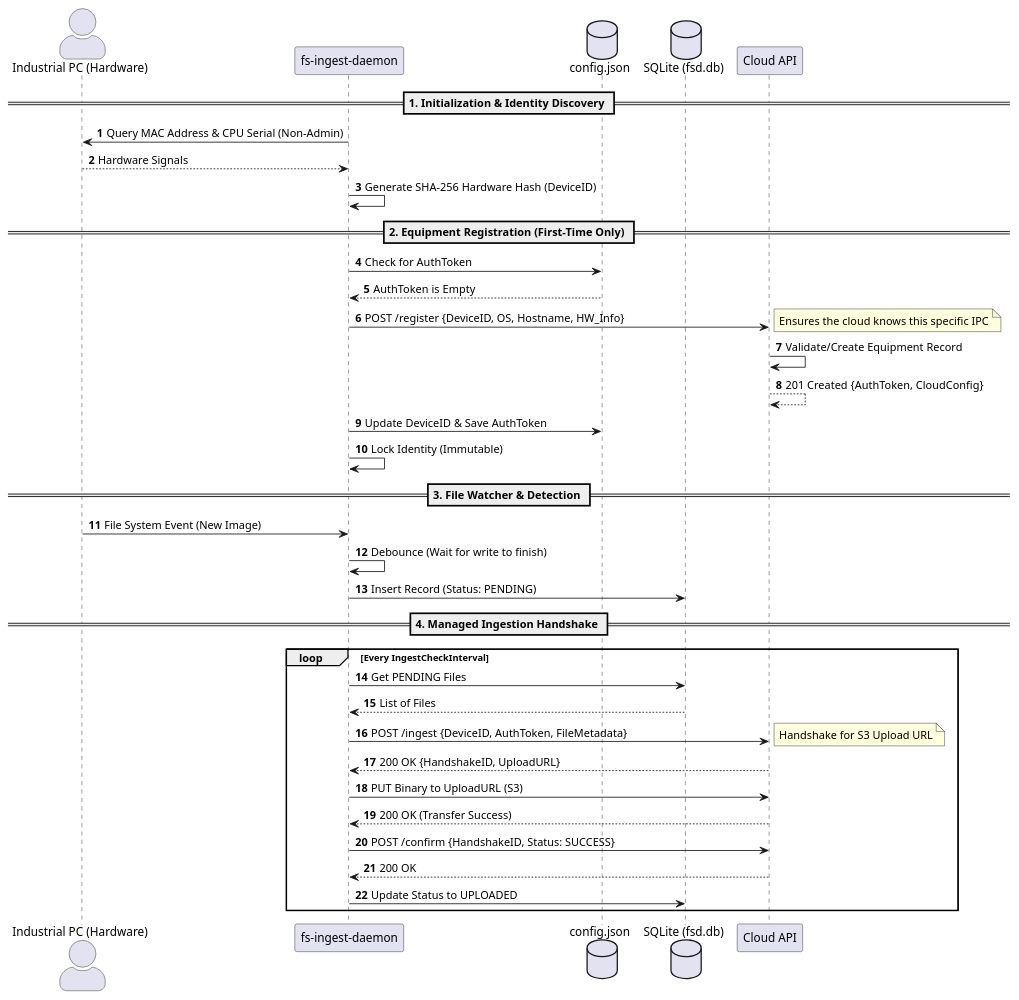
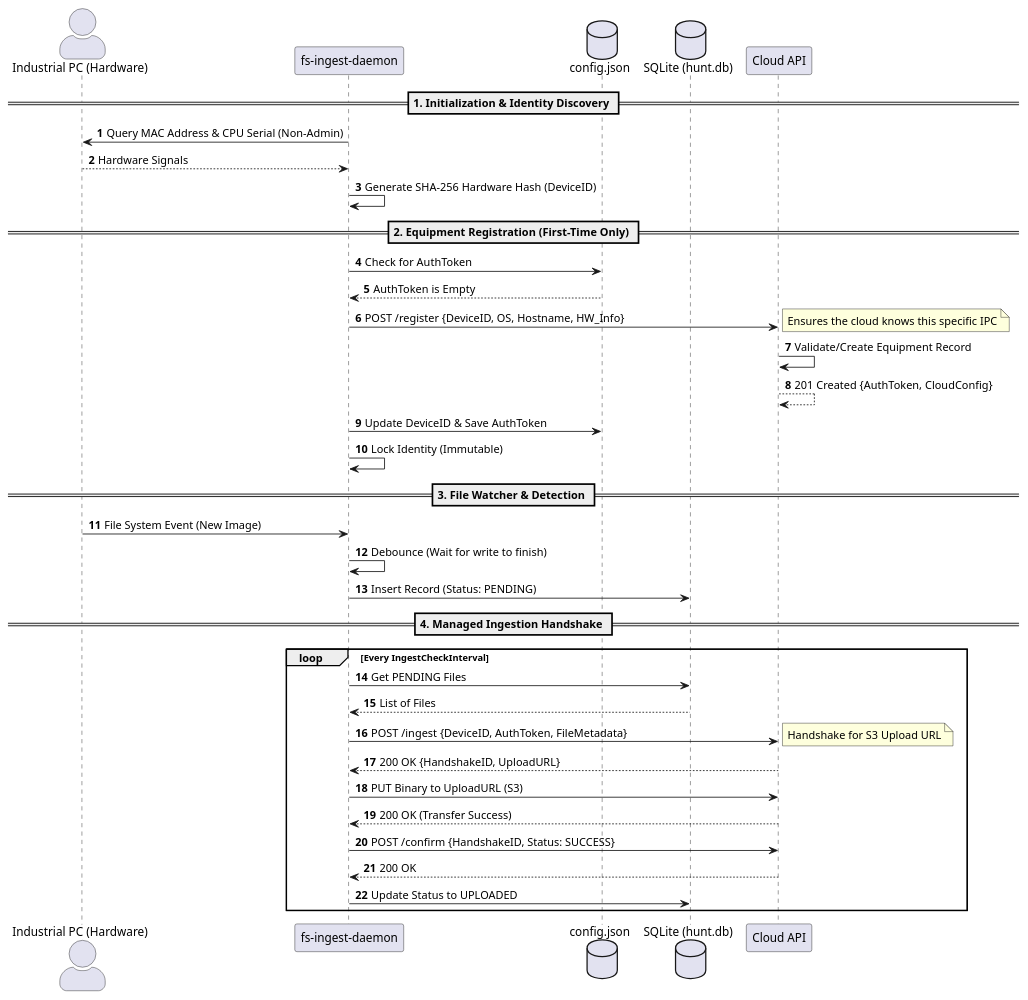
Before and after one commit to MonteChristo46/fs-ingest-daemon: the diagram in docs/register.plantuml, drawn with PlantUML. The commit also changed 21 other files, not shown here.

```diff
--- a/docs/register.plantuml
+++ b/docs/register.plantuml
@@ -1,50 +1,50 @@
 @startuml
 skinparam actorStyle awesome
 autonumber
 
 actor "Industrial PC (Hardware)" as HW
-participant "fs-ingest-daemon" as FSD
+participant "fs-ingest-daemon" as HUNT
 database "config.json" as CFG
-database "SQLite (fsd.db)" as DB
+database "SQLite (hunt.db)" as DB
 participant "Cloud API" as API
 
 == 1. Initialization & Identity Discovery ==
-FSD -> HW : Query MAC Address & CPU Serial (Non-Admin)
+HUNT -> HW : Query MAC Address & CPU Serial (Non-Admin)
 return Hardware Signals
-FSD -> FSD : Generate SHA-256 Hardware Hash (DeviceID)
+HUNT -> HUNT : Generate SHA-256 Hardware Hash (DeviceID)
 
 == 2. Equipment Registration (First-Time Only) ==
-FSD -> CFG : Check for AuthToken
-CFG --> FSD : AuthToken is Empty
+HUNT -> CFG : Check for AuthToken
+CFG --> HUNT : AuthToken is Empty
 
-FSD -> API : POST /register {DeviceID, OS, Hostname, HW_Info}
+HUNT -> API : POST /register {DeviceID, OS, Hostname, HW_Info}
 note right: Ensures the cloud knows this specific IPC
 API -> API : Validate/Create Equipment Record
 return 201 Created {AuthToken, CloudConfig}
 
-FSD -> CFG : Update DeviceID & Save AuthToken
-FSD -> FSD : Lock Identity (Immutable)
+HUNT -> CFG : Update DeviceID & Save AuthToken
+HUNT -> HUNT : Lock Identity (Immutable)
 
 == 3. File Watcher & Detection ==
-HW -> FSD : File System Event (New Image)
-FSD -> FSD : Debounce (Wait for write to finish)
-FSD -> DB : Insert Record (Status: PENDING)
+HW -> HUNT : File System Event (New Image)
+HUNT -> HUNT : Debounce (Wait for write to finish)
+HUNT -> DB : Insert Record (Status: PENDING)
 
 == 4. Managed Ingestion Handshake ==
 loop Every IngestCheckInterval
-    FSD -> DB : Get PENDING Files
-    DB --> FSD : List of Files
+    HUNT -> DB : Get PENDING Files
+    DB --> HUNT : List of Files
 
-    FSD -> API : POST /ingest {DeviceID, AuthToken, FileMetadata}
+    HUNT -> API : POST /ingest {DeviceID, AuthToken, FileMetadata}
     note right: Handshake for S3 Upload URL
-    API --> FSD : 200 OK {HandshakeID, UploadURL}
+    API --> HUNT : 200 OK {HandshakeID, UploadURL}
 
-    FSD -> API : PUT Binary to UploadURL (S3)
+    HUNT -> API : PUT Binary to UploadURL (S3)
     return 200 OK (Transfer Success)
 
-    FSD -> API : POST /confirm {HandshakeID, Status: SUCCESS}
+    HUNT -> API : POST /confirm {HandshakeID, Status: SUCCESS}
     return 200 OK
 
-    FSD -> DB : Update Status to UPLOADED
+    HUNT -> DB : Update Status to UPLOADED
 end
 @enduml
```
